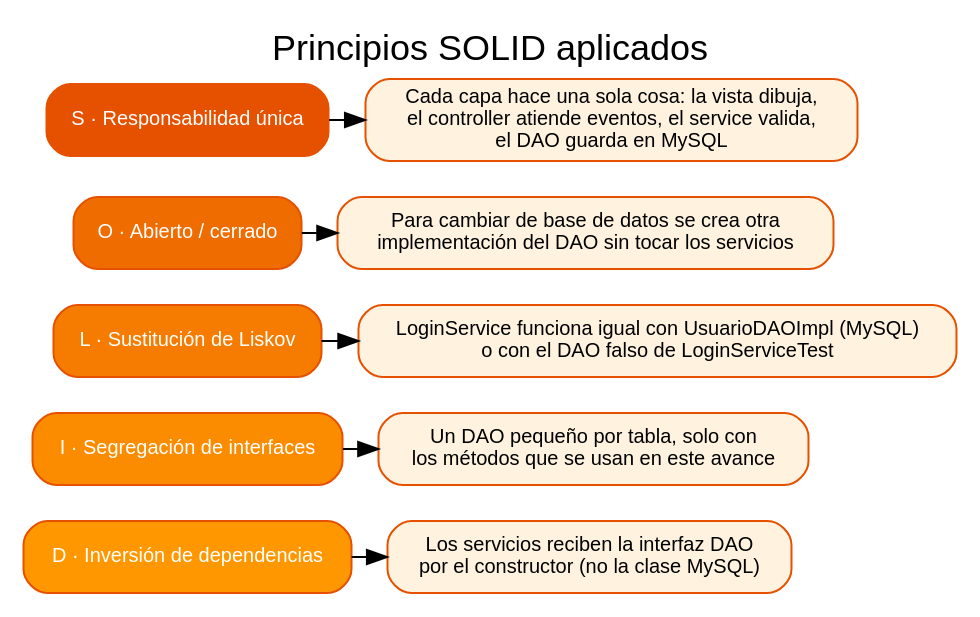
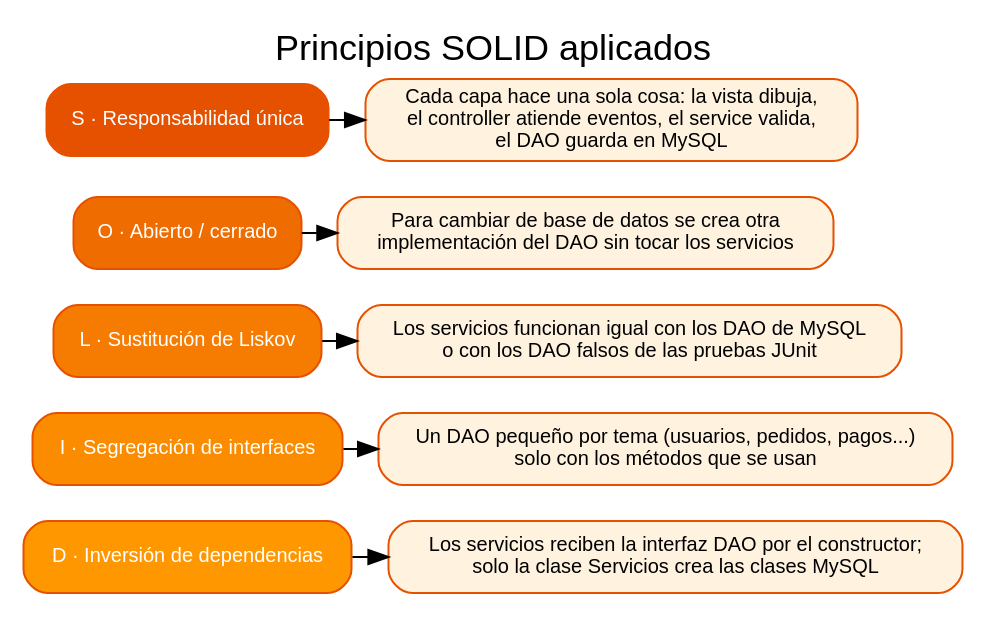
The diagram in docs/diagramas/solid.dot (tonylee-ops/don-caffeto-apf3), drawn with Graphviz before and after one commit. The commit also changed 102 other files, not shown here.

First line of the commit message:
Documentación: guía de Workbench y NetBeans, diagramas, Javadoc y capturas

```diff
--- a/docs/diagramas/solid.dot
+++ b/docs/diagramas/solid.dot
@@ -1,17 +1,17 @@
 digraph SOLID {
   rankdir=TB; fontname="Helvetica"; label="Principios SOLID aplicados"; labelloc=t; fontsize=18; ranksep=0.25;
   node [shape=box, style="rounded,filled", fontname="Helvetica", fontsize=10, color="#E65100"];
   S [label="S · Responsabilidad única", fillcolor="#E65100", fontcolor=white];
   O [label="O · Abierto / cerrado", fillcolor="#EF6C00", fontcolor=white];
   L [label="L · Sustitución de Liskov", fillcolor="#F57C00", fontcolor=white];
   I [label="I · Segregación de interfaces", fillcolor="#FB8C00", fontcolor=white];
   D [label="D · Inversión de dependencias", fillcolor="#FF9800", fontcolor=white];
   node [fillcolor="#FFF3E0"];
   S1 [label="Cada capa hace una sola cosa: la vista dibuja,\nel controller atiende eventos, el service valida,\nel DAO guarda en MySQL"];
   O1 [label="Para cambiar de base de datos se crea otra\nimplementación del DAO sin tocar los servicios"];
-  L1 [label="LoginService funciona igual con UsuarioDAOImpl (MySQL)\no con el DAO falso de LoginServiceTest"];
-  I1 [label="Un DAO pequeño por tabla, solo con\nlos métodos que se usan en este avance"];
-  D1 [label="Los servicios reciben la interfaz DAO\npor el constructor (no la clase MySQL)"];
+  L1 [label="Los servicios funcionan igual con los DAO de MySQL\no con los DAO falsos de las pruebas JUnit"];
+  I1 [label="Un DAO pequeño por tema (usuarios, pedidos, pagos...)\nsolo con los métodos que se usan"];
+  D1 [label="Los servicios reciben la interfaz DAO por el constructor;\nsolo la clase Servicios crea las clases MySQL"];
   {rank=same; S; S1} {rank=same; O; O1} {rank=same; L; L1} {rank=same; I; I1} {rank=same; D; D1}
   S -> S1; O -> O1; L -> L1; I -> I1; D -> D1; S -> O -> L -> I -> D [style=invis];
 }
```
